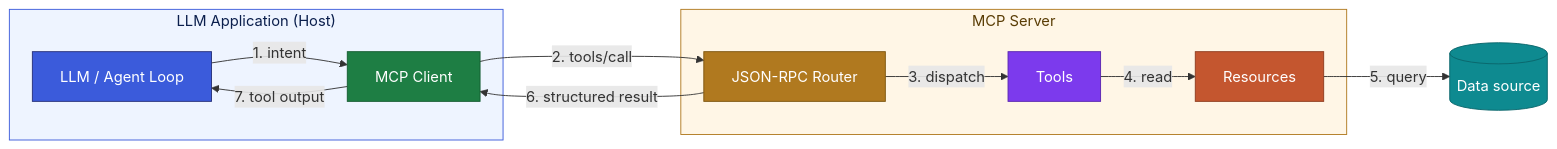
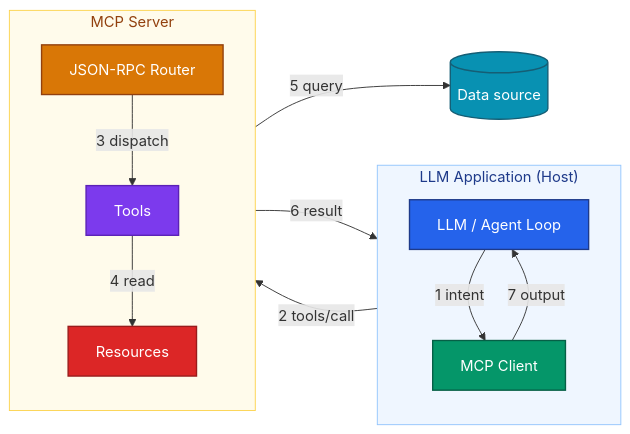
One commit to rafique1990/rafique1990.github.io changed the diagram in _posts/2026-09-21-mcp-protocol-best-practices.md. Above: the diagram before and after it, drawn with Mermaid. The commit also changed 1 other file, not shown here.

Commit message:
make diagram nodes vivid with readable white labels
Switch mermaid to base theme with htmlLabels off so text colour applies;
use classDef with saturated fills (blue/green/amber/violet/red/teal) and
white text for clear contrast.

````diff
--- a/_posts/2026-09-21-mcp-protocol-best-practices.md
+++ b/_posts/2026-09-21-mcp-protocol-best-practices.md
@@ -37,30 +37,40 @@
 ```mermaid
 flowchart LR
     subgraph Host["LLM Application (Host)"]
+        direction TB
         LLM["LLM / Agent Loop"]
         Client["MCP Client"]
     end
     subgraph Server["MCP Server"]
+        direction TB
         Router["JSON-RPC Router"]
         Tools["Tools"]
         Res["Resources"]
     end
     DB[("Data source")]
 
-    LLM -->|"1. intent"| Client
-    Client -->|"2. tools/call"| Router
-    Router -->|"3. dispatch"| Tools
-    Tools -->|"4. read"| Res
-    Res -->|"5. query"| DB
-    Router -->|"6. structured result"| Client
-    Client -->|"7. tool output"| LLM
+    LLM -->|"1 intent"| Client
+    Client -->|"2 tools/call"| Router
+    Router -->|"3 dispatch"| Tools
+    Tools -->|"4 read"| Res
+    Res -->|"5 query"| DB
+    Router -->|"6 result"| Client
+    Client -->|"7 output"| LLM
 
-    style Host fill:#eef4ff,stroke:#3B5BDB,color:#0b1f4d
-    style Server fill:#fff6e6,stroke:#B0791F,color:#5a3d05
-    style LLM fill:#3B5BDB,color:#ffffff,stroke:#26307a
-    style Client fill:#1E7E44,color:#ffffff,stroke:#155c31
-    style Router fill:#B0791F,color:#ffffff,stroke:#7d560f
-    style Tools fill:#7C3AED,color:#ffffff,stroke:#5a25b0
-    style Res fill:#C4562F,color:#ffffff,stroke:#8f3c1f
-    style DB fill:#0E8A90,color:#ffffff,stroke:#0a666b
+    classDef blue   fill:#2563EB,stroke:#1E3A8A,stroke-width:1.5px,color:#ffffff;
+    classDef green  fill:#059669,stroke:#065F46,stroke-width:1.5px,color:#ffffff;
+    classDef amber  fill:#D97706,stroke:#92400E,stroke-width:1.5px,color:#ffffff;
+    classDef violet fill:#7C3AED,stroke:#5B21B6,stroke-width:1.5px,color:#ffffff;
+    classDef red    fill:#DC2626,stroke:#991B1B,stroke-width:1.5px,color:#ffffff;
+    classDef teal   fill:#0891B2,stroke:#155E75,stroke-width:1.5px,color:#ffffff;
+
+    class LLM blue
+    class Client green
+    class Router amber
+    class Tools violet
+    class Res red
+    class DB teal
+
+    style Host fill:#EFF6FF,stroke:#93C5FD,color:#1E3A8A
+    style Server fill:#FFFBEB,stroke:#FCD34D,color:#92400E
 ```
````
